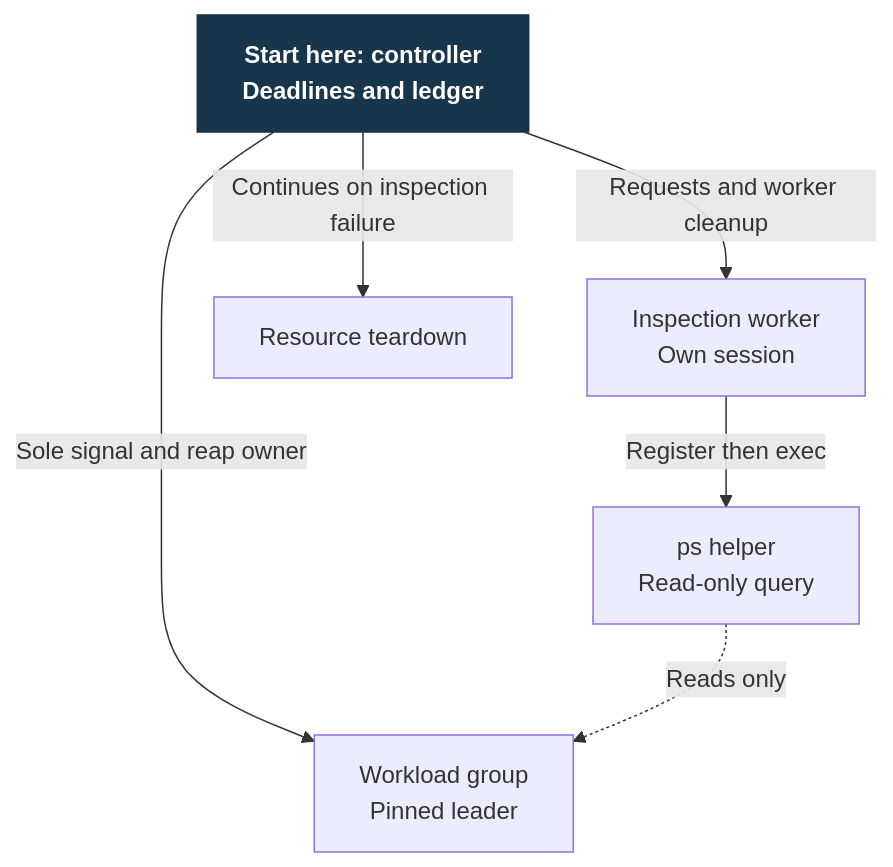
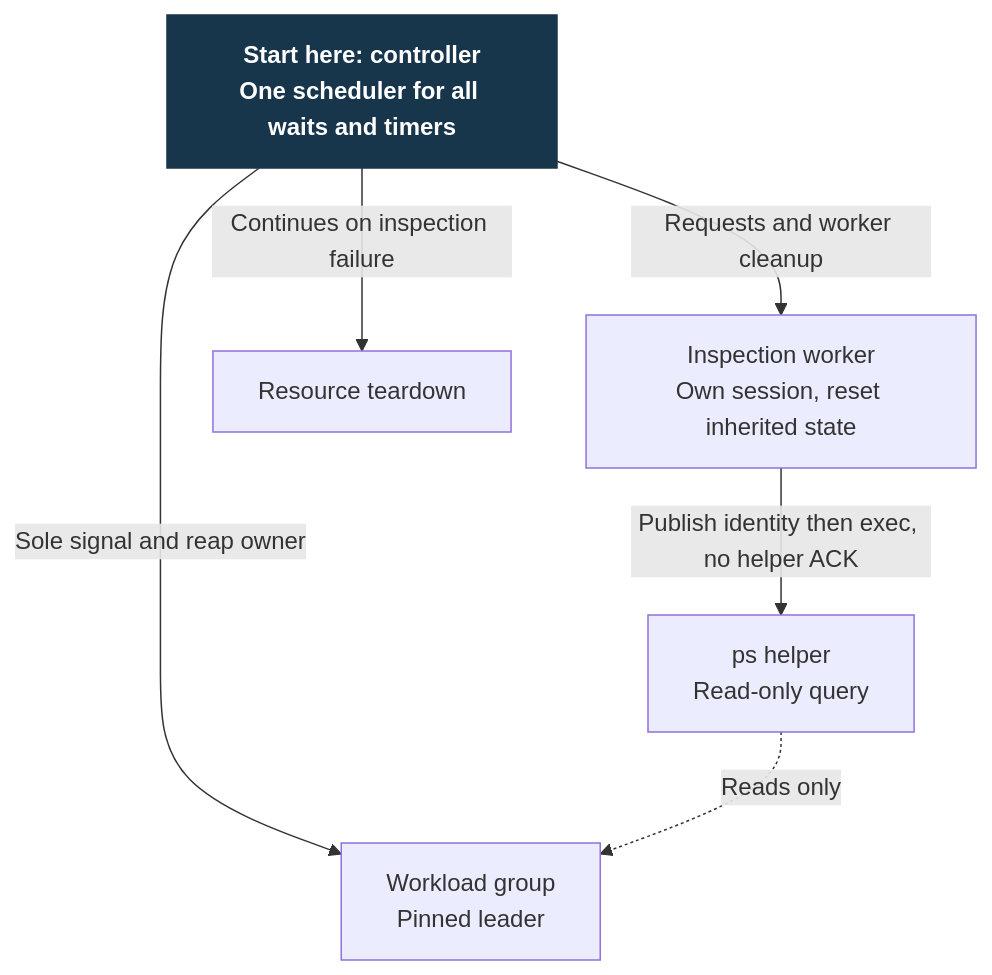
Before and after one commit to Linkuistics/TestAnyware: the diagram in docs/design/diagnostic-process-inspection/ownership.mmd, drawn with Mermaid. The commit also changed 13 other files, not shown here.

```diff
--- a/docs/design/diagnostic-process-inspection/ownership.mmd
+++ b/docs/design/diagnostic-process-inspection/ownership.mmd
@@ -1,12 +1,12 @@
 flowchart TB
-  C["Start here: controller<br/>Deadlines and ledger"]:::start
-  W["Inspection worker<br/>Own session"]
+  C["Start here: controller<br/>One scheduler for all waits and timers"]:::start
+  W["Inspection worker<br/>Own session, reset inherited state"]
   H["ps helper<br/>Read-only query"]
   L["Workload group<br/>Pinned leader"]
   D["Resource teardown"]
   C -->|"Requests and worker cleanup"| W
-  W -->|"Register then exec"| H
+  W -->|"Publish identity then exec, no helper ACK"| H
   C -->|"Sole signal and reap owner"| L
   C -->|"Continues on inspection failure"| D
   H -.->|"Reads only"| L
   classDef start fill:#17354b,color:#fff,stroke:#17354b,font-weight:bold
```
